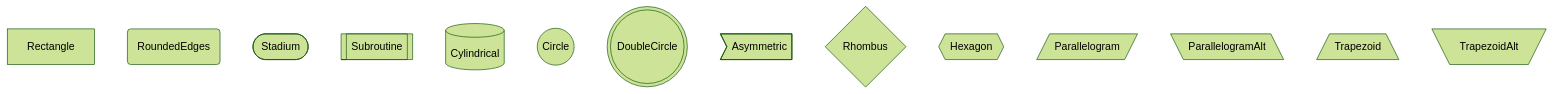
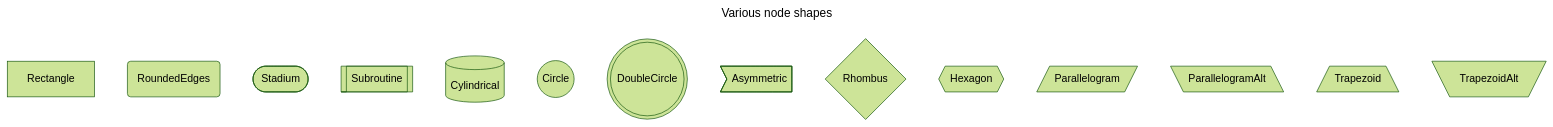
One commit to JansthcirlU/Mermaid.NET.Flowcharts changed the second of 4 diagrams in README.md. Above: the diagram before and after it, drawn with Mermaid (forest theme). The commit also changed other lines of this file, not shown here.

````diff
--- a/README.md
+++ b/README.md
@@ -107,18 +116,21 @@
 ```mermaid
+---
+title: Various node shapes
+---
 flowchart TD
   rectangle["Rectangle"]
   rounded("RoundedEdges")
   stadium(["Stadium"])
   subroutine[["Subroutine"]]
   cylindrical[("Cylindrical")]
   circle(("Circle"))
   doubleCircle((("DoubleCircle")))
   asymmetric>"Asymmetric"]
   rhombus{"Rhombus"}
   hexagon{{"Hexagon"}}
   parallelogram[/"Parallelogram"/]
   parallelogramAlt[\"ParallelogramAlt"\]
   trapezoid[/"Trapezoid"\]
   trapezoidAlt[\"TrapezoidAlt"/]
 
 ```
````
